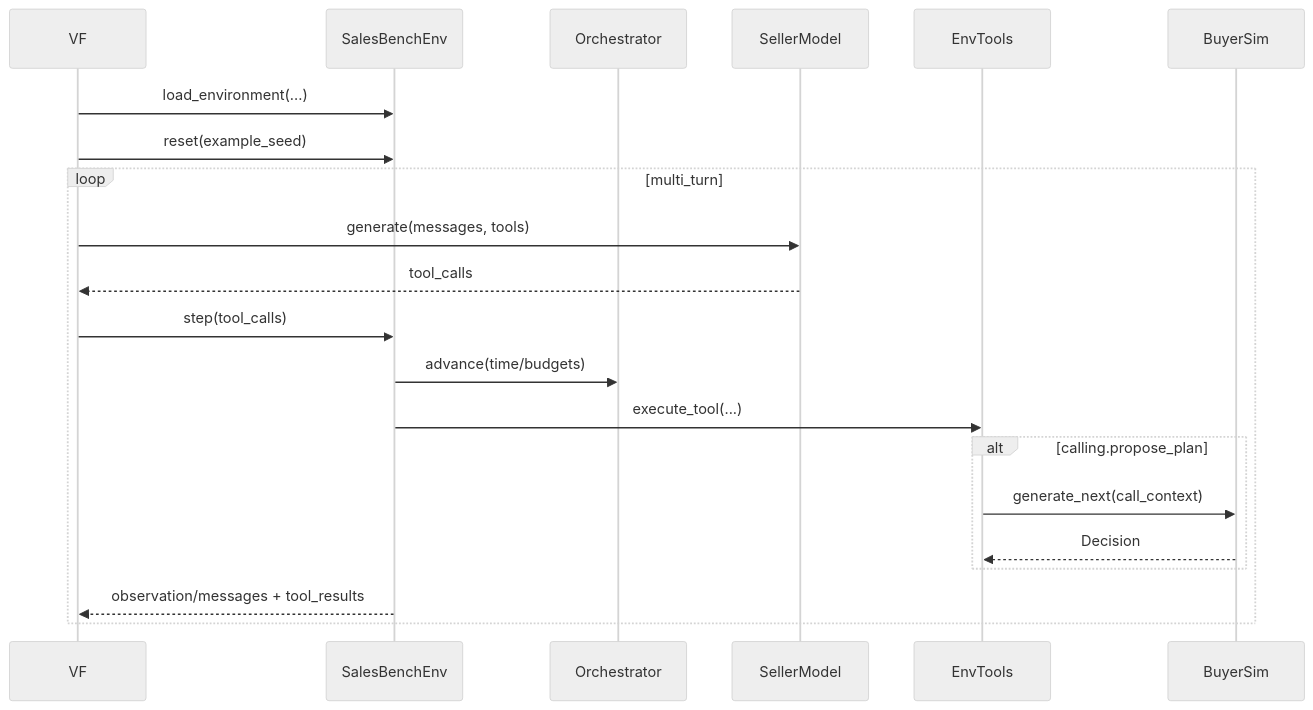
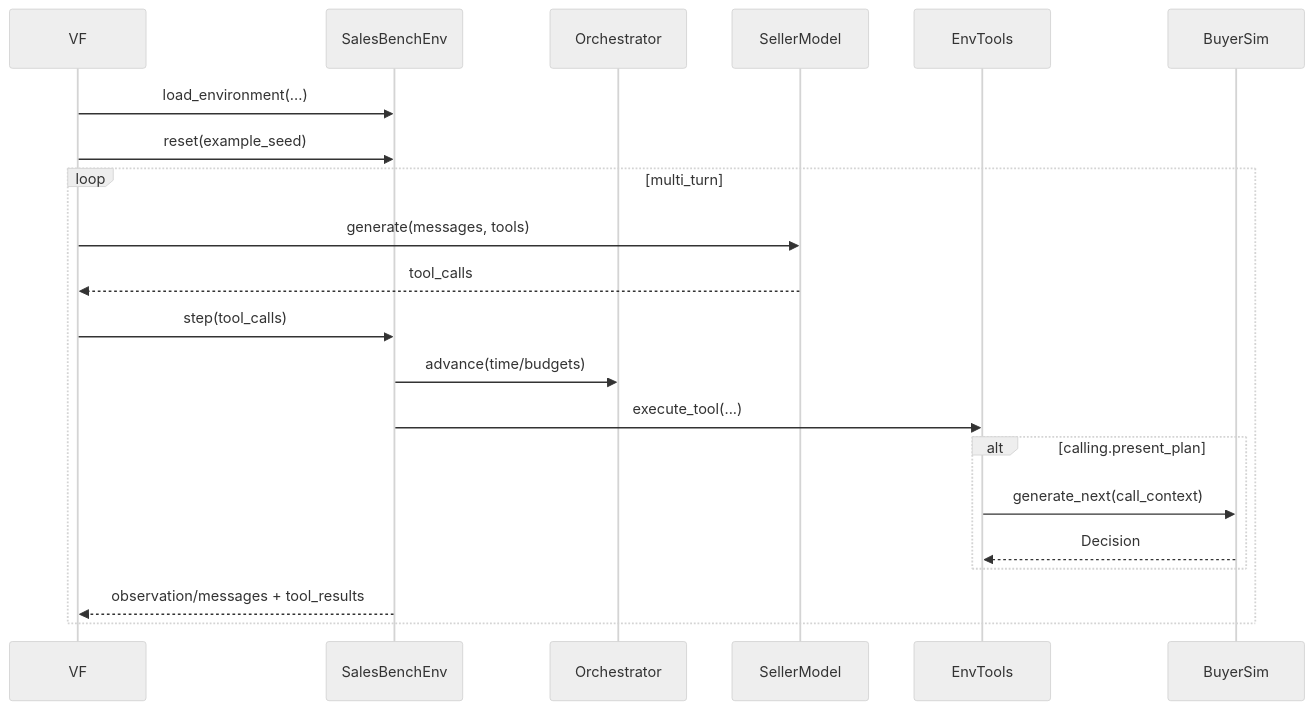
One commit to Hamza-Mos/salesbench changed the diagram in .cursor/plans/simple_benchmark_architecture_09e4eb14.plan.md. Above: the diagram before and after it, drawn with Mermaid (neutral theme). The commit also changed other lines of this file, not shown here.

````diff
--- a/.cursor/plans/simple_benchmark_architecture_09e4eb14.plan.md
+++ b/.cursor/plans/simple_benchmark_architecture_09e4eb14.plan.md
@@ -52,24 +58,24 @@
 ```mermaid
 sequenceDiagram
 participant VF as VF
 participant Env as SalesBenchEnv
 participant Orch as Orchestrator
 participant Seller as SellerModel
 participant Tools as EnvTools
 participant Buyer as BuyerSim
 
 VF->>Env: load_environment(...)
 VF->>Env: reset(example_seed)
 loop multi_turn
   VF->>Seller: generate(messages, tools)
   Seller-->>VF: tool_calls
   VF->>Env: step(tool_calls)
   Env->>Orch: advance(time/budgets)
   Env->>Tools: execute_tool(...)
-  alt calling.propose_plan
+  alt calling.present_plan
     Tools->>Buyer: generate_next(call_context)
     Buyer-->>Tools: Decision
   end
   Env-->>VF: observation/messages + tool_results
 end
 ```
````
